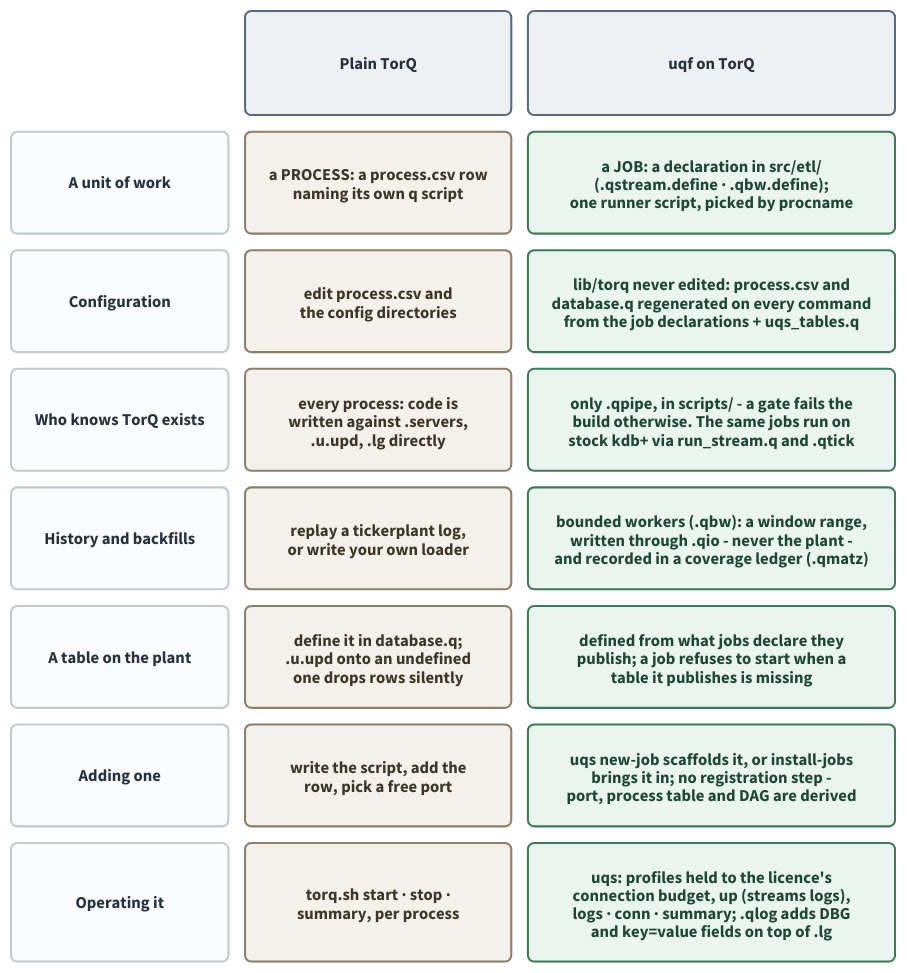
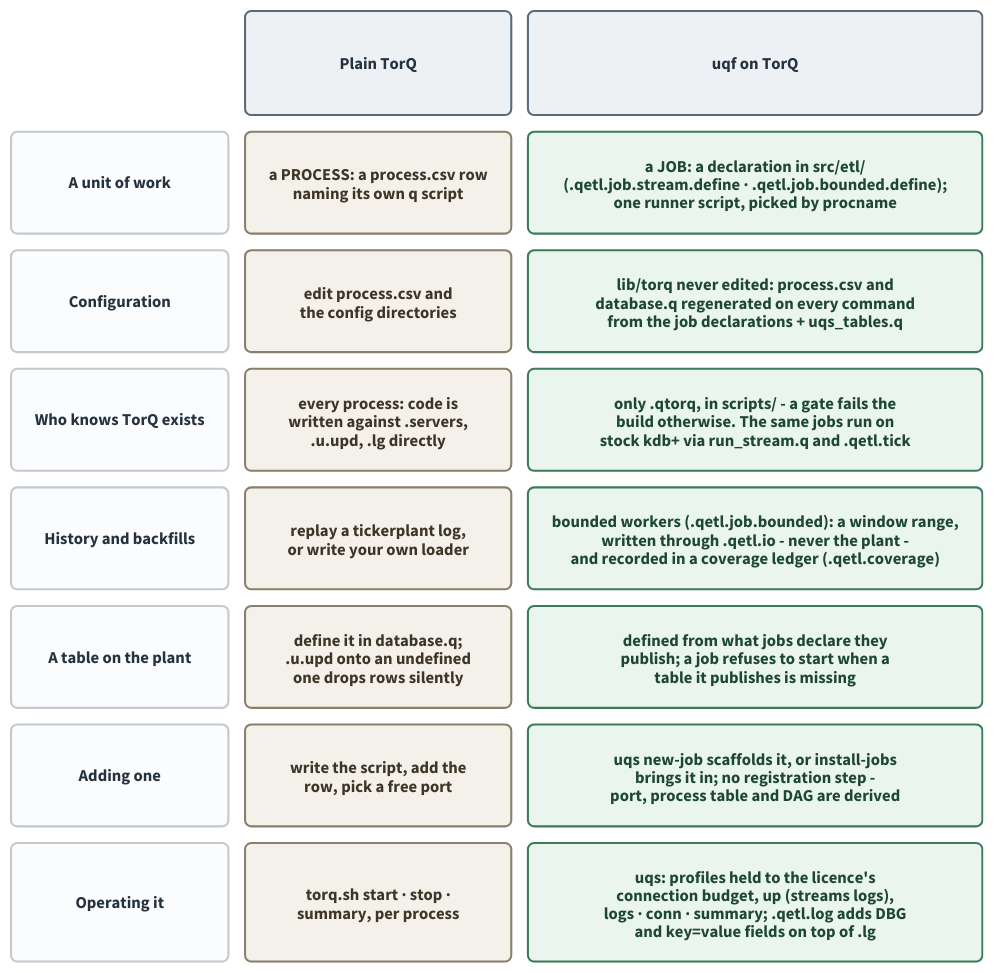
Before and after one commit to kwojdalski/uqf: the diagram in docs/diagrams/torq-vs-uqf.d2, drawn with D2. The commit also changed 234 other files, not shown here.

```diff
--- a/docs/diagrams/torq-vs-uqf.d2
+++ b/docs/diagrams/torq-vs-uqf.d2
@@ -1,103 +1,103 @@
 # torq-vs-uqf.d2 - what uqf changes about running TorQ, row by row.
 #
 # Rendered by scripts/generate/render_diagrams.py, which CI runs with
 # --check. Embedded from docs/presentation/uqf.qmd.
 #
 # WHAT THIS IS FOR. The one-slide answer to "how is this different from
 # TorQ": the same seven questions asked of a plain TorQ Finance Starter Pack
 # deployment and of uqf running on it. TorQ is not replaced - stp1, the
 # RDB/WDB/HDB, discovery and the gateway are TorQ's, unmodified - so every
 # row is about what sits AROUND those processes, not instead of them.
 #
 # Each uqf cell names the thing that implements it, so a reader can go and
 # open it. Each TorQ cell says what TorQ itself provides, checked against
 # lib/torq: a process is a process.csv row naming its own script under
 # ${KDBCODE}/processes/, and its log levels are ERROR/ERR/INF/WARN.
 #
 # ON COLOUR. The palette of repo-overview.d2: light fills with dark text in
 # both themes, since d2 applies explicit styles over a --dark-theme pairing
 # (d2lang/d2#831).
 
 grid-rows: 8
 grid-columns: 3
 grid-gap: 16
 
 vars: {
   d2-config: {
     pad: 40
   }
 }
 
 classes: {
   head: {
     style: {
       fill: "#eef1f4"
       stroke: "#5a6a78"
       font-color: "#25323d"
       border-radius: 6
       bold: true
     }
   }
   aspect: {
     style: {
       fill: "#fbfcfd"
       stroke: "#c3c9cf"
       font-color: "#25323d"
       border-radius: 6
       bold: true
     }
   }
   torq: {
     style: {
       fill: "#f4f1ea"
       stroke: "#8a7f6a"
       font-color: "#3d3527"
       border-radius: 6
     }
   }
   uqf: {
     style: {
       fill: "#eaf5ef"
       stroke: "#3d7a5a"
       font-color: "#1d4733"
       border-radius: 6
     }
   }
 }
 
 # LAYOUT. grid-rows comes before grid-columns on purpose: in d2 0.9.0 the
 # first one declared sets the fill direction, and with grid-columns alone
 # d2 balances column heights instead of aligning rows. So the grid fills
 # row by row, and each group of three below is one row.
 
 h0: "" { class: aspect; style.fill: transparent; style.stroke: transparent }
 h1: "Plain TorQ" { class: head }
 h2: "uqf on TorQ" { class: head }
 
 a1: "A unit of work" { class: aspect }
 t1: "a PROCESS: a process.csv row\nnaming its own q script" { class: torq }
-u1: "a JOB: a declaration in src/etl/\n(.qstream.define · .qbw.define);\none runner script, picked by procname" { class: uqf }
+u1: "a JOB: a declaration in src/etl/\n(.qetl.job.stream.define · .qetl.job.bounded.define);\none runner script, picked by procname" { class: uqf }
 
 a2: "Configuration" { class: aspect }
 t2: "edit process.csv and\nthe config directories" { class: torq }
 u2: "lib/torq never edited: process.csv and\ndatabase.q regenerated on every command\nfrom the job declarations + uqs_tables.q" { class: uqf }
 
 a3: "Who knows TorQ exists" { class: aspect }
 t3: "every process: code is\nwritten against .servers,\n.u.upd, .lg directly" { class: torq }
-u3: "only .qpipe, in scripts/ - a gate fails the\nbuild otherwise. The same jobs run on\nstock kdb+ via run_stream.q and .qtick" { class: uqf }
+u3: "only .qtorq, in scripts/ - a gate fails the\nbuild otherwise. The same jobs run on\nstock kdb+ via run_stream.q and .qetl.tick" { class: uqf }
 
 a4: "History and backfills" { class: aspect }
 t4: "replay a tickerplant log,\nor write your own loader" { class: torq }
-u4: "bounded workers (.qbw): a window range,\nwritten through .qio - never the plant -\nand recorded in a coverage ledger (.qmatz)" { class: uqf }
+u4: "bounded workers (.qetl.job.bounded): a window range,\nwritten through .qetl.io - never the plant -\nand recorded in a coverage ledger (.qetl.coverage)" { class: uqf }
 
 a5: "A table on the plant" { class: aspect }
 t5: "define it in database.q;\n.u.upd onto an undefined\none drops rows silently" { class: torq }
 u5: "defined from what jobs declare they\npublish; a job refuses to start when a\ntable it publishes is missing" { class: uqf }
 
 a6: "Adding one" { class: aspect }
 t6: "write the script, add the\nrow, pick a free port" { class: torq }
 u6: "uqs new-job scaffolds it, or install-jobs\nbrings it in; no registration step -\nport, process table and DAG are derived" { class: uqf }
 
 a7: "Operating it" { class: aspect }
 t7: "torq.sh start · stop ·\nsummary, per process" { class: torq }
-u7: "uqs: profiles held to the licence's\nconnection budget, up (streams logs),\nlogs · conn · summary; .qlog adds DBG\nand key=value fields on top of .lg" { class: uqf }
+u7: "uqs: profiles held to the licence's\nconnection budget, up (streams logs),\nlogs · conn · summary; .qetl.log adds DBG\nand key=value fields on top of .lg" { class: uqf }
```
